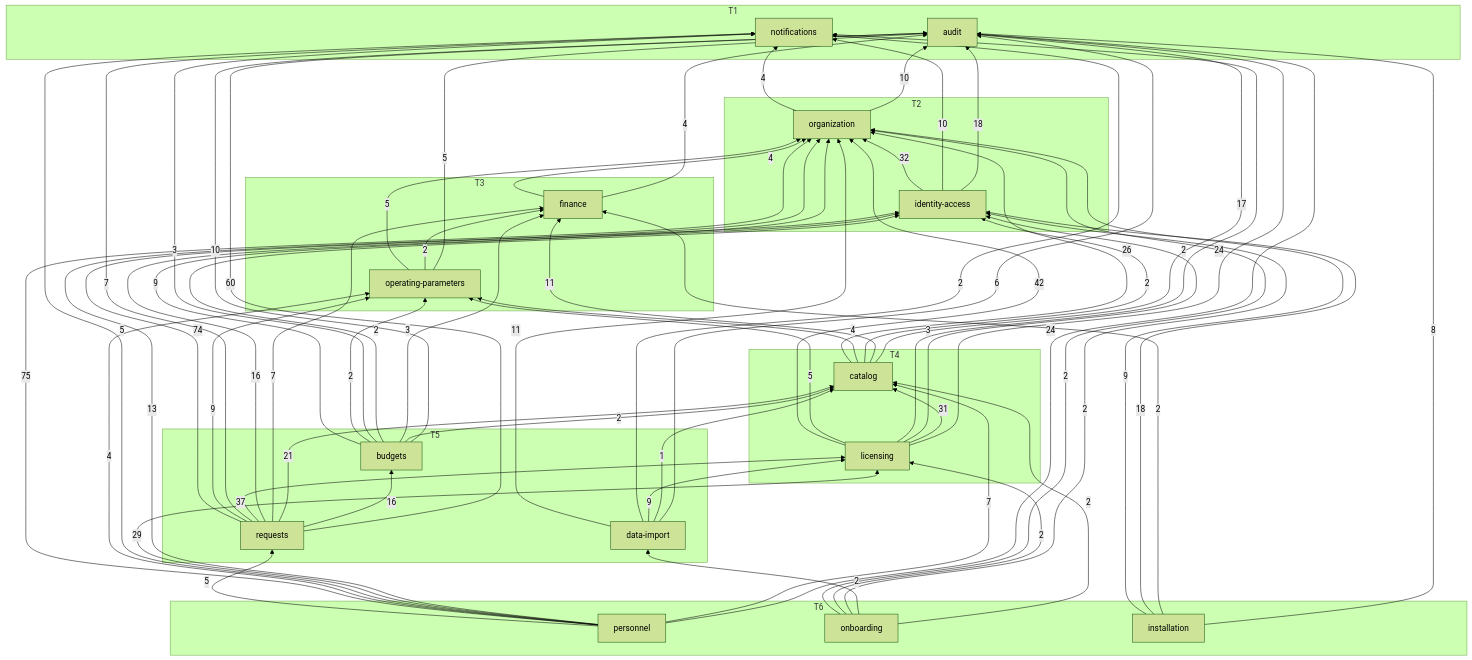
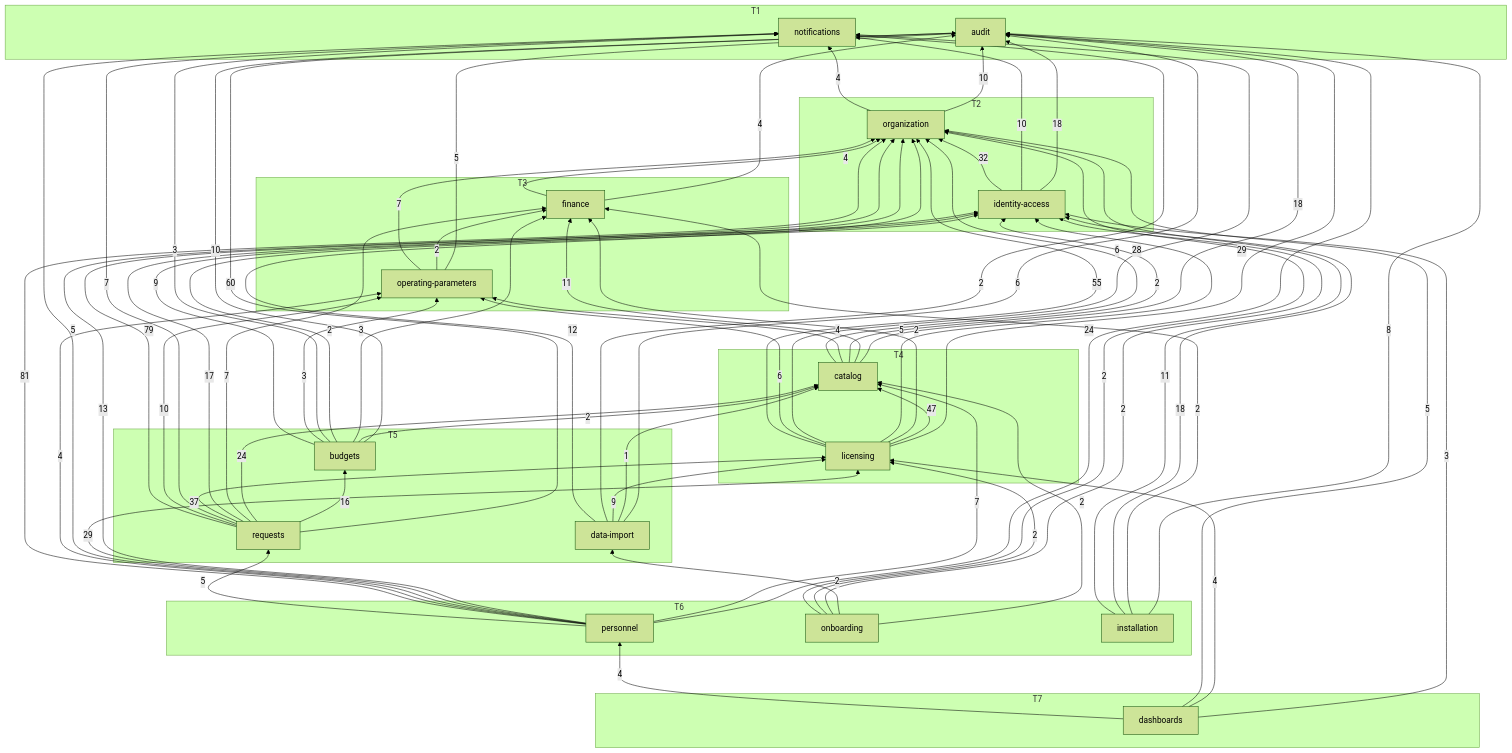
One commit to WDP301-FA26-GR8/BE changed the diagram in docs/generated/module-graph.md. Above: the diagram before and after it, drawn with Mermaid (forest theme). The commit also changed other lines of this file and 749 other files, not shown here.

````diff
--- a/docs/generated/module-graph.md
+++ b/docs/generated/module-graph.md
@@ -31,23 +31,30 @@
     onboarding["onboarding"]
     installation["installation"]
   end
+  subgraph T7["T7"]
+    dashboards["dashboards"]
+  end
   budgets -->|10| audit
   budgets -->|2| catalog
   budgets -->|3| finance
   budgets -->|2| identity_access
   budgets -->|3| notifications
-  budgets -->|2| operating_parameters
+  budgets -->|3| operating_parameters
   budgets -->|9| organization
-  catalog -->|17| audit
+  catalog -->|18| audit
   catalog -->|11| finance
   catalog -->|2| identity_access
   catalog -->|4| operating_parameters
-  catalog -->|26| organization
+  catalog -->|28| organization
+  dashboards -->|3| identity_access
+  dashboards -->|4| licensing
+  dashboards -->|5| organization
+  dashboards -->|4| personnel
   data_import -->|6| audit
   data_import -->|1| catalog
   data_import -->|9| licensing
   data_import -->|2| notifications
-  data_import -->|11| organization
+  data_import -->|12| organization
   finance -->|4| audit
   finance -->|4| organization
   identity_access -->|18| audit
@@ -56,13 +63,14 @@
   installation -->|8| audit
   installation -->|2| finance
   installation -->|18| identity_access
-  installation -->|9| organization
-  licensing -->|24| audit
-  licensing -->|31| catalog
-  licensing -->|3| identity_access
-  licensing -->|2| notifications
-  licensing -->|5| operating_parameters
-  licensing -->|42| organization
+  installation -->|11| organization
+  licensing -->|29| audit
+  licensing -->|47| catalog
+  licensing -->|2| finance
+  licensing -->|5| identity_access
+  licensing -->|6| notifications
+  licensing -->|6| operating_parameters
+  licensing -->|55| organization
   onboarding -->|2| catalog
   onboarding -->|2| data_import
   onboarding -->|2| identity_access
@@ -70,7 +78,7 @@
   onboarding -->|2| organization
   operating_parameters -->|5| audit
   operating_parameters -->|2| finance
-  operating_parameters -->|5| organization
+  operating_parameters -->|7| organization
   organization -->|10| audit
   organization -->|4| notifications
   personnel -->|24| audit
@@ -79,15 +87,15 @@
   personnel -->|29| licensing
   personnel -->|5| notifications
   personnel -->|4| operating_parameters
-  personnel -->|75| organization
+  personnel -->|81| organization
   personnel -->|5| requests
   requests -->|60| audit
   requests -->|16| budgets
-  requests -->|21| catalog
+  requests -->|24| catalog
   requests -->|7| finance
-  requests -->|16| identity_access
+  requests -->|17| identity_access
   requests -->|37| licensing
   requests -->|7| notifications
-  requests -->|9| operating_parameters
-  requests -->|74| organization
+  requests -->|10| operating_parameters
+  requests -->|79| organization
 ```
````
